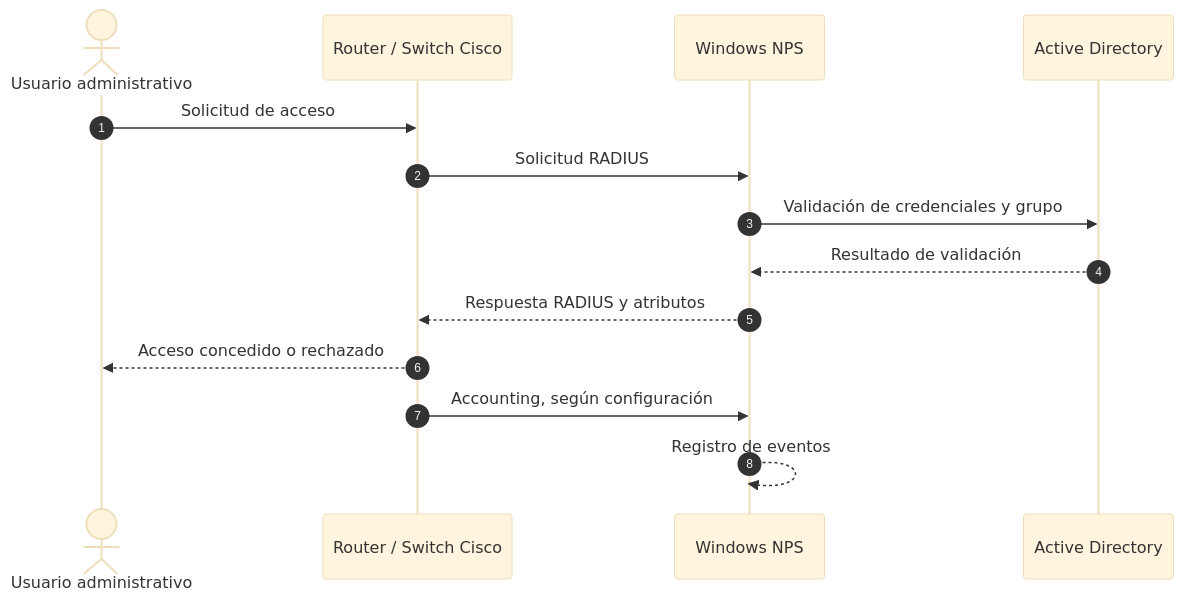
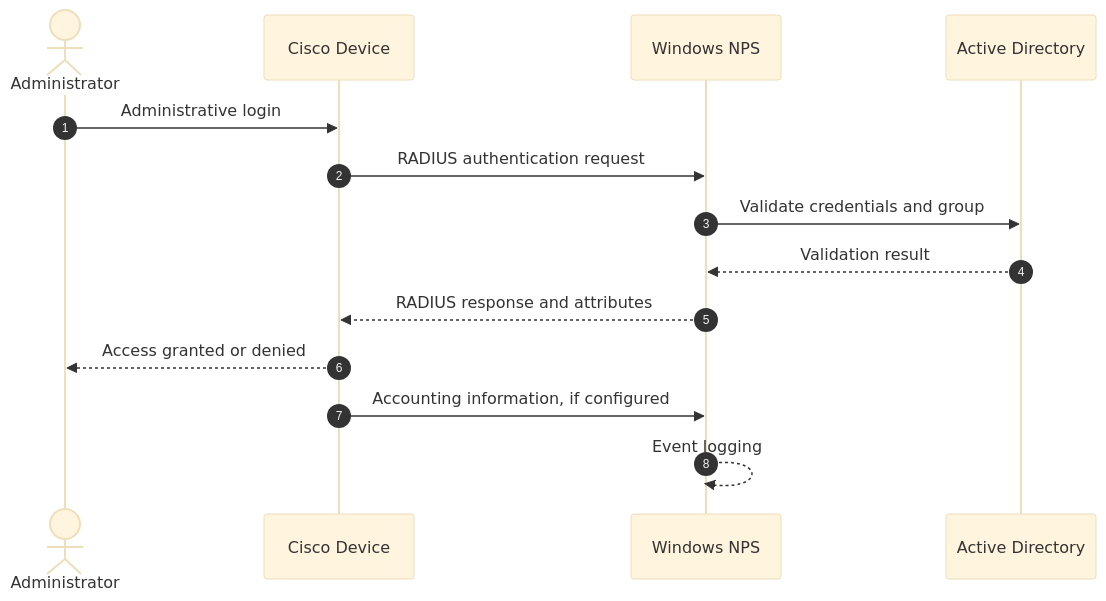
The second of 3 diagrams in radius-nps-active-directory-lab/README.md (emelycarolinacarrascotorres-collab/Radius-nps-active-directory-lab), drawn with Mermaid (base theme) before and after one commit. The commit also changed other lines of this file, not shown here.

````diff
--- a/radius-nps-active-directory-lab/README.md
+++ b/radius-nps-active-directory-lab/README.md
@@ -224,17 +149,17 @@
 ```mermaid
 sequenceDiagram
     autonumber
-    actor U as Usuario administrativo
-    participant D as Router / Switch Cisco
+    actor U as Administrator
+    participant C as Cisco Device
     participant N as Windows NPS
     participant A as Active Directory
 
-    U->>D: Solicitud de acceso
-    D->>N: Solicitud RADIUS
-    N->>A: Validación de credenciales y grupo
-    A-->>N: Resultado de validación
-    N-->>D: Respuesta RADIUS y atributos
-    D-->>U: Acceso concedido o rechazado
-    D->>N: Accounting, según configuración
-    N-->>N: Registro de eventos
+    U->>C: Administrative login
+    C->>N: RADIUS authentication request
+    N->>A: Validate credentials and group
+    A-->>N: Validation result
+    N-->>C: RADIUS response and attributes
+    C-->>U: Access granted or denied
+    C->>N: Accounting information, if configured
+    N-->>N: Event logging
 ```
````
